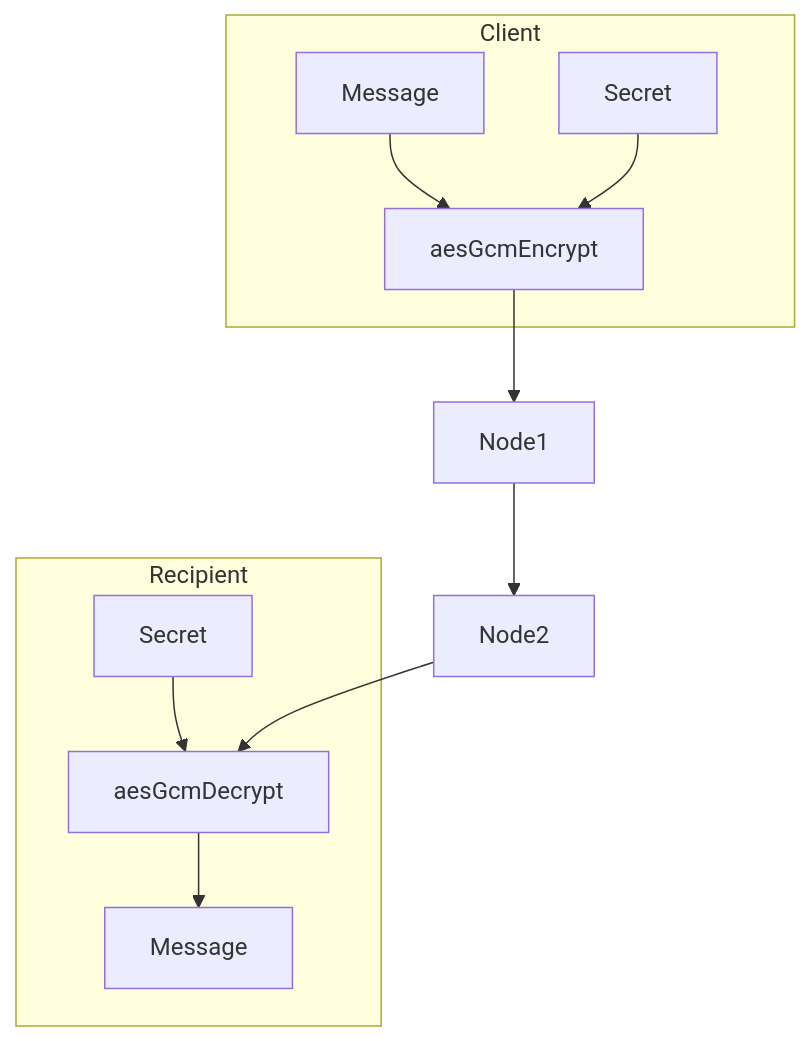
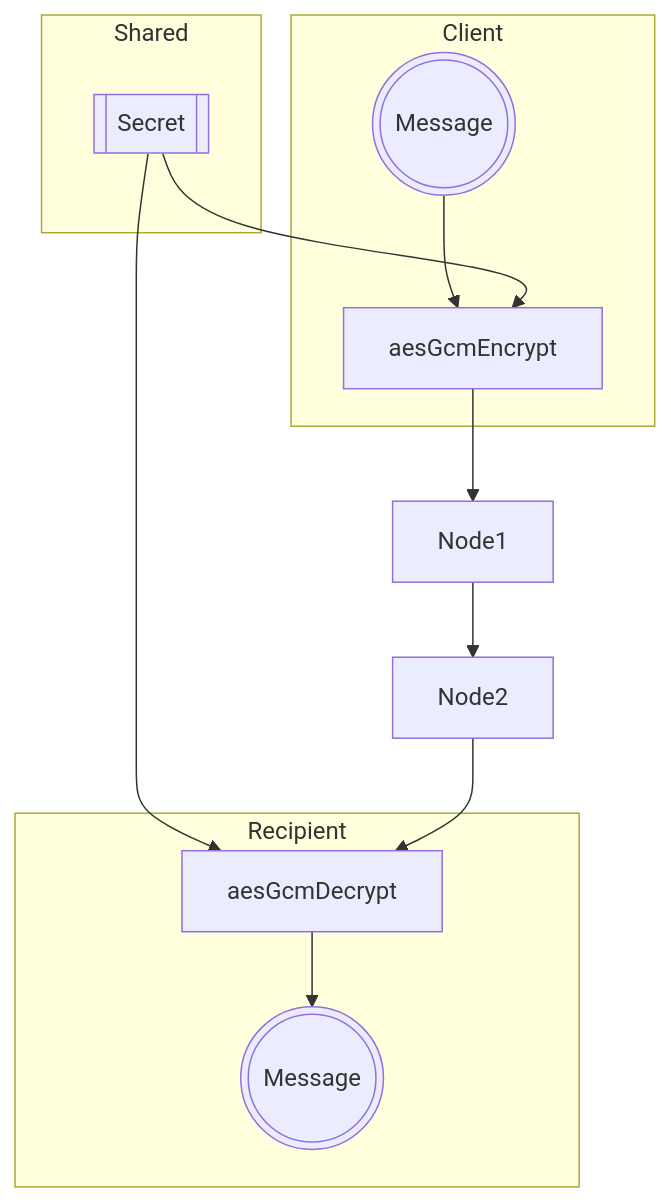
Before and after one commit to jakubDoka/orion-network: the third of 8 diagrams in whitepaper/src/chapter_1.md, drawn with Mermaid. The commit also changed other lines of this file and 3 other files, not shown here.

````diff
--- a/whitepaper/src/chapter_1.md
+++ b/whitepaper/src/chapter_1.md
@@ -68,13 +68,17 @@
 ```mermaid
 flowchart TB
+    subgraph Shared
+        Secret[[Secret]]
+    end
+
     subgraph Client
-        Message --> aesGcmEncrypt
+        Message(((Message))) --> aesGcmEncrypt
         Secret --> aesGcmEncrypt
     end
 
     subgraph Recipient
-        s2[Secret] --> aesGcmDecrypt --> m2[Message]
+        Secret --> aesGcmDecrypt --> m2(((Message)))
     end
 
     aesGcmEncrypt --> Node1 --> Node2 --> aesGcmDecrypt
 ```
````
